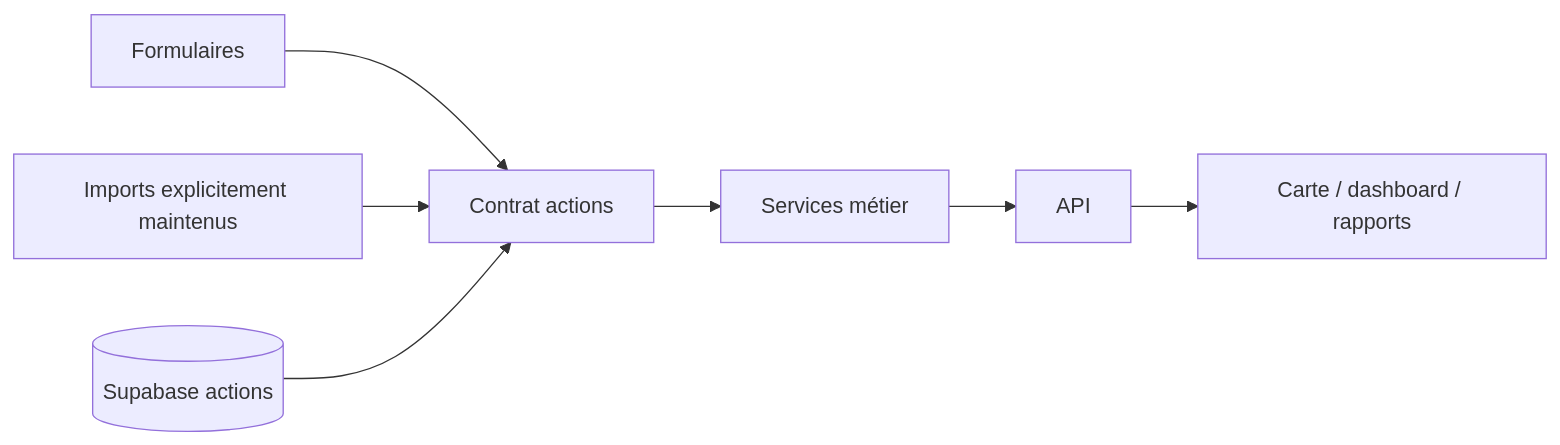
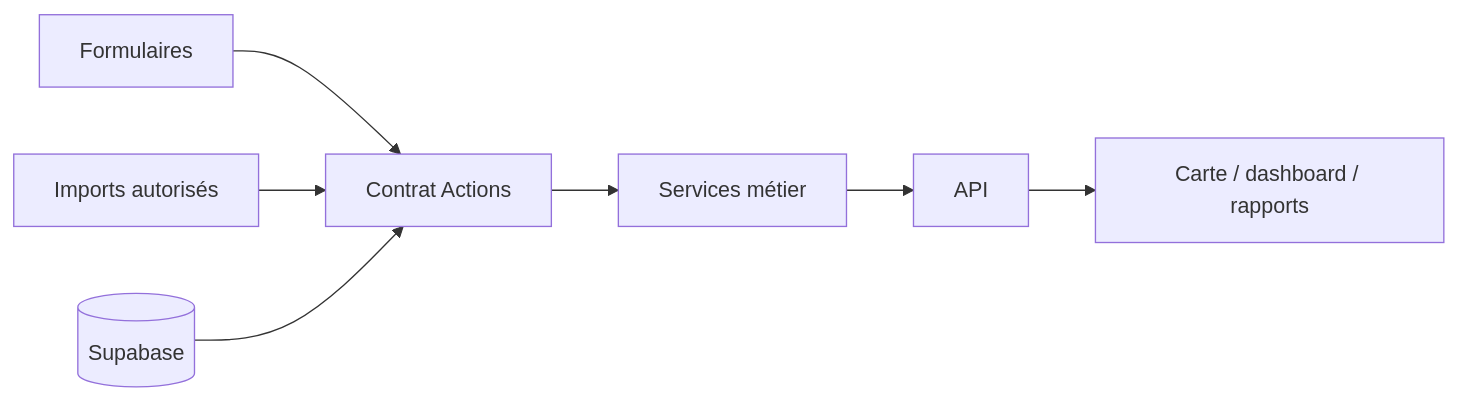
One commit to maxd4/CleanmyMap changed the second of 2 diagrams in documentation/architecture/master-architecture.md. Above: the diagram before and after it, drawn with Mermaid. The commit also changed other lines of this file and 13 other files, not shown here.

````diff
--- a/documentation/architecture/master-architecture.md
+++ b/documentation/architecture/master-architecture.md
@@ -195,9 +108,9 @@
 ```mermaid
 flowchart LR
-  FORM[Formulaires] --> CONTRACT[Contrat actions]
-  IMPORT[Imports explicitement maintenus] --> CONTRACT
-  DB[(Supabase actions)] --> CONTRACT
-  CONTRACT --> SERVICES[Services métier]
-  SERVICES --> API[API]
+  Form[Formulaires] --> Contract[Contrat Actions]
+  Import[Imports autorisés] --> Contract
+  DB[(Supabase)] --> Contract
+  Contract --> Services[Services métier]
+  Services --> API[API]
   API --> UI[Carte / dashboard / rapports]
 ```
````
